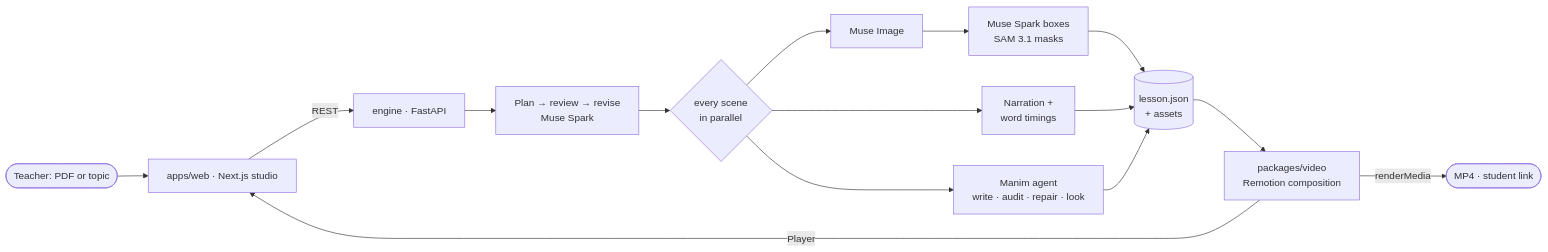
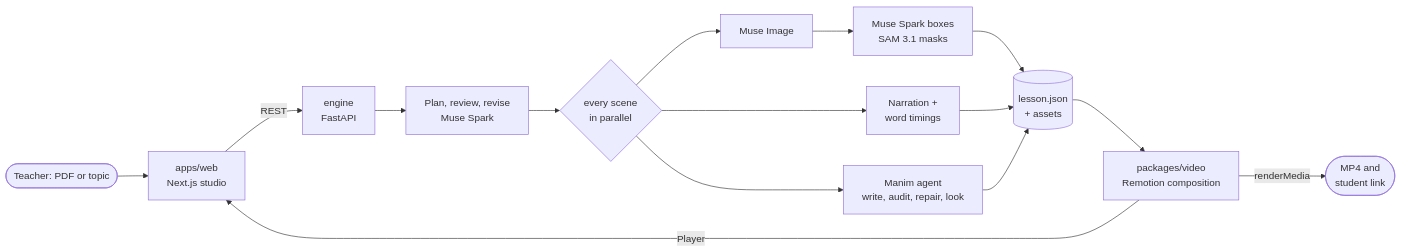
Before and after one commit to nema1502/nemi: the diagram in README.md, drawn with Mermaid. The commit also changed other lines of this file and 23 other files, not shown here.

````diff
--- a/README.md
+++ b/README.md
@@ -90,14 +90,14 @@
 ```mermaid
 flowchart LR
-  T([Teacher: PDF or topic]) --> W[apps/web · Next.js studio]
-  W -- REST --> E[engine · FastAPI]
-  E --> P[Plan → review → revise<br/>Muse Spark]
+  T([Teacher: PDF or topic]) --> W[apps/web<br/>Next.js studio]
+  W -- REST --> E[engine<br/>FastAPI]
+  E --> P[Plan, review, revise<br/>Muse Spark]
   P --> S{every scene<br/>in parallel}
   S --> I[Muse Image] --> D[Muse Spark boxes<br/>SAM 3.1 masks]
   S --> V[Narration +<br/>word timings]
-  S --> M[Manim agent<br/>write · audit · repair · look]
+  S --> M[Manim agent<br/>write, audit, repair, look]
   D & V & M --> L[(lesson.json<br/>+ assets)]
   L --> R[packages/video<br/>Remotion composition]
   R -- Player --> W
-  R -- renderMedia --> MP4([MP4 · student link])
+  R -- renderMedia --> MP4([MP4 and<br/>student link])
 ```
````
